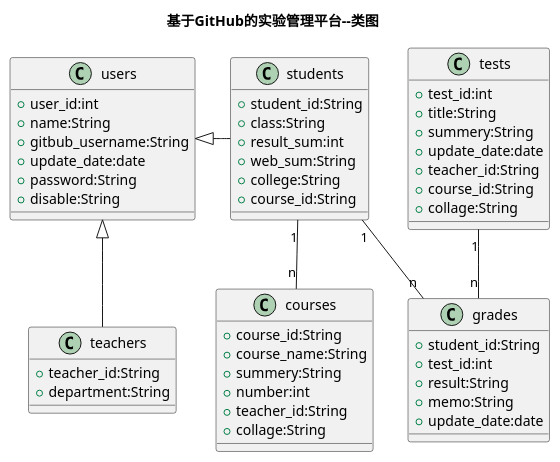
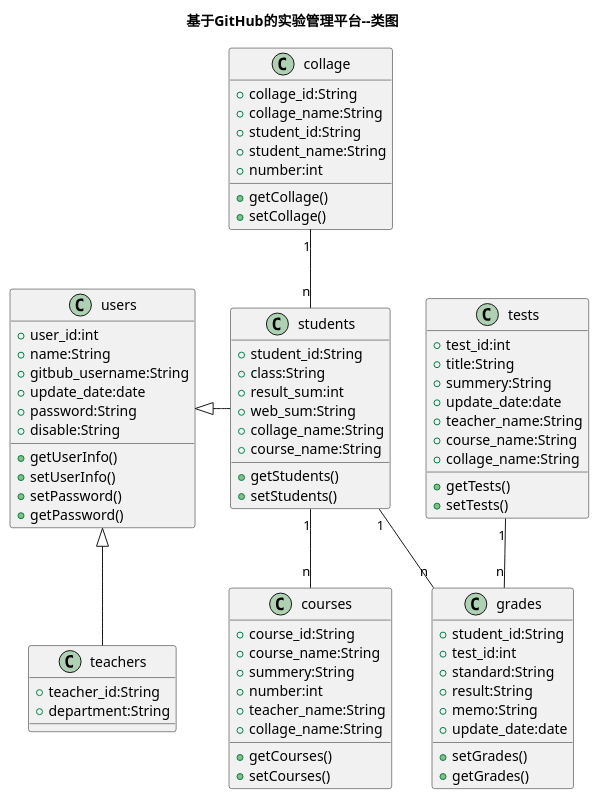
The diagram in test6/src/类图设计.puml (para-paradise/is_analysis), drawn with PlantUML before and after one commit. The commit also changed 49 other files, not shown here.

```diff
--- a/test6/src/类图设计.puml
+++ b/test6/src/类图设计.puml
@@ -2,60 +2,85 @@
 @startuml
 title 基于GitHub的实验管理平台--类图
 
 class users{
     +user_id:int
     +name:String
     +gitbub_username:String
     +update_date:date
     +password:String
     +disable:String
+    +getUserInfo()
+    +setUserInfo()
+    +setPassword()
+    +getPassword()
+    
 }
 
 class teachers{
     +teacher_id:String
     +department:String
 }
 
 class students{
     +student_id:String
     +class:String
     +result_sum:int
     +web_sum:String
-    +college:String
-    +course_id:String 
+    +collage_name:String
+    +course_name:String
+    +getStudents()
+    +setStudents() 
 }
 
 users <|- students
 users <|-- teachers
 
 class grades{
     +student_id:String
     +test_id:int
+    +standard:String
     +result:String
     +memo:String
     +update_date:date
+    +setGrades()
+    +getGrades()
 }
 
 class tests{
     +test_id:int
     +title:String
     +summery:String
     +update_date:date
-    +teacher_id:String
-    +course_id:String
-    +collage:String
+    +teacher_name:String
+    +course_name:String
+    +collage_name:String
+    +getTests()
+    +setTests()
 }
 
 students "1" -- "n"  grades
 tests "1" -- "n"  grades
 
 class courses{
     +course_id:String
     +course_name:String
     +summery:String
     +number:int
-    +teacher_id:String
-    +collage:String
+    +teacher_name:String
+    +collage_name:String
+    +getCourses()
+    +setCourses()
+}
+
+class collage{
+    +collage_id:String
+    +collage_name:String
+    +student_id:String
+    +student_name:String
+    +number:int
+    +getCollage()
+    +setCollage()
 }
 students "1" -- "n"  courses
+collage "1" -- "n" students
 @enduml
```
